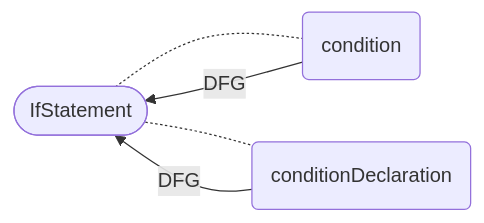
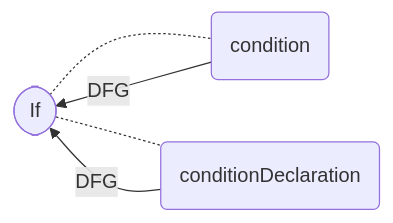
One commit to Fraunhofer-AISEC/cpg changed diagram 34 of 40 in docs/docs/CPG/specs/dfg.md. Above: the diagram before and after it, drawn with Mermaid. The commit also changed other lines of this file and 99 other files, not shown here.

First line of the commit message:
Remove `Statement` suffix from expression node classes (#2604)

````diff
--- a/docs/docs/CPG/specs/dfg.md
+++ b/docs/docs/CPG/specs/dfg.md
@@ -663,7 +663,7 @@
 ```mermaid
   flowchart LR
-    node([IfStatement]) -.- condition(condition)
+    node([If]) -.- condition(condition)
     node -.- conditionDeclaration(conditionDeclaration)
     condition -- DFG --> node
     conditionDeclaration  -- DFG --> node
 ```
````
